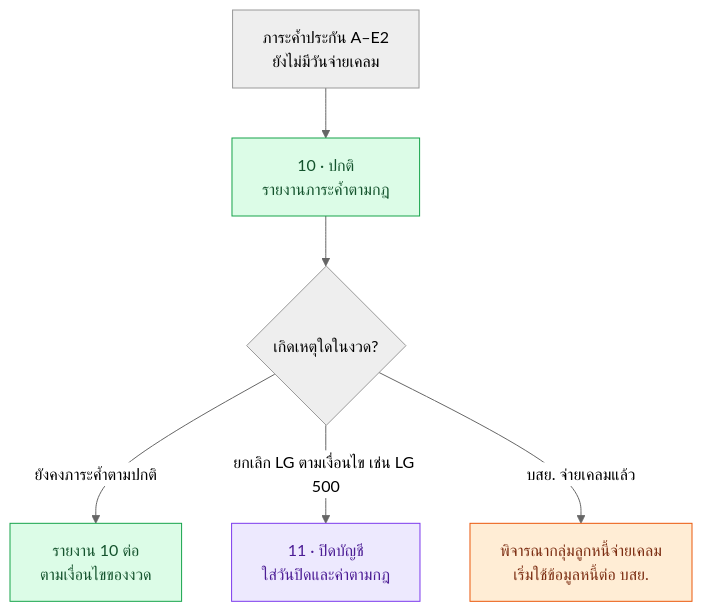
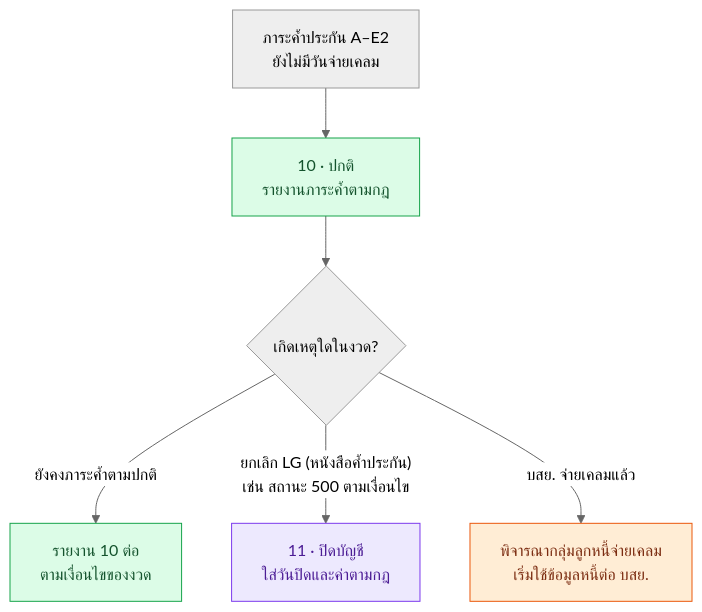
One commit to yukasung/eodncb changed the third of 4 diagrams in app/credit-reporting/page.mdx. Above: the diagram before and after it, drawn with Mermaid (neutral theme). The commit also changed other lines of this file and 16 other files, not shown here.

````diff
--- a/app/credit-reporting/page.mdx
+++ b/app/credit-reporting/page.mdx
@@ -78,14 +80,14 @@
 ```mermaid
 flowchart TD
     A["ภาระค้ำประกัน A–E2<br/>ยังไม่มีวันจ่ายเคลม"] --> B["10 · ปกติ<br/>รายงานภาระค้ำตามกฎ"]
     B --> C{"เกิดเหตุใดในงวด?"}
     C -->|ยังคงภาระค้ำตามปกติ| D["รายงาน 10 ต่อ<br/>ตามเงื่อนไขของงวด"]
-    C -->|ยกเลิก LG ตามเงื่อนไข เช่น LG 500| E["11 · ปิดบัญชี<br/>ใส่วันปิดและค่าตามกฎ"]
+    C -->|"ยกเลิก LG (หนังสือค้ำประกัน)<br/>เช่น สถานะ 500 ตามเงื่อนไข"| E["11 · ปิดบัญชี<br/>ใส่วันปิดและค่าตามกฎ"]
     C -->|บสย. จ่ายเคลมแล้ว| F["พิจารณากลุ่มลูกหนี้จ่ายเคลม<br/>เริ่มใช้ข้อมูลหนี้ต่อ บสย."]
     classDef normal fill:#dcfce7,stroke:#16a34a,color:#14532d;
     classDef closed fill:#ede9fe,stroke:#7c3aed,color:#4c1d95;
     classDef claim fill:#ffedd5,stroke:#ea580c,color:#7c2d12;
     class B,D normal;
     class E closed;
     class F claim;
 ```
````
